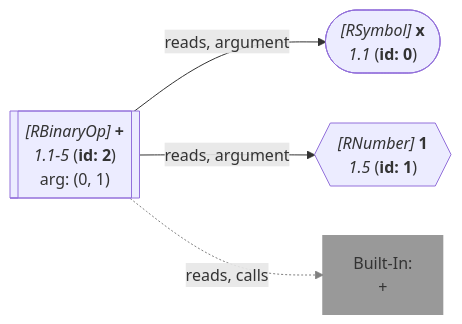
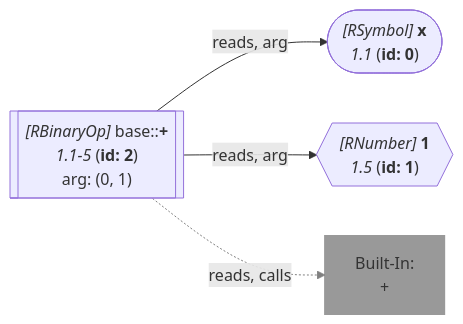
One commit to flowr-analysis/flowr changed diagram 21 of 21 in wiki/Query API.md. Above: the diagram before and after it, drawn with Mermaid. The commit also changed other lines of this file and 135 other files, not shown here.

````diff
--- a/wiki/Query API.md
+++ b/wiki/Query API.md
@@ -6869,19 +6849,19 @@
 ```mermaid
 flowchart LR
     0(["`*#91;RSymbol#93;* **x**
       *1.1* (**id: 0**)`"])
    %% No edges found for 0
     1{{"`*#91;RNumber#93;* **1**
       *1.5* (**id: 1**)`"}}
    %% No edges found for 1
-    2[["`*#91;RBinaryOp#93;* **#43;**
+    2[["`*#91;RBinaryOp#93;* base#58;#58;**#43;**
       *1.1-5* (**id: 2**)
     arg: (0, 1)`"]]
     built-in:_["`Built-In:
 #43;`"]
     style built-in:_ stroke:gray,fill:gray,stroke-width:2px,opacity:.8;
-    2 -->|"reads, argument"| 0
-    2 -->|"reads, argument"| 1
+    2 -->|"reads, arg"| 0
+    2 -->|"reads, arg"| 1
     2 -.->|"reads, calls"| built-in:_
     linkStyle 2 stroke:gray;
 ```
````
